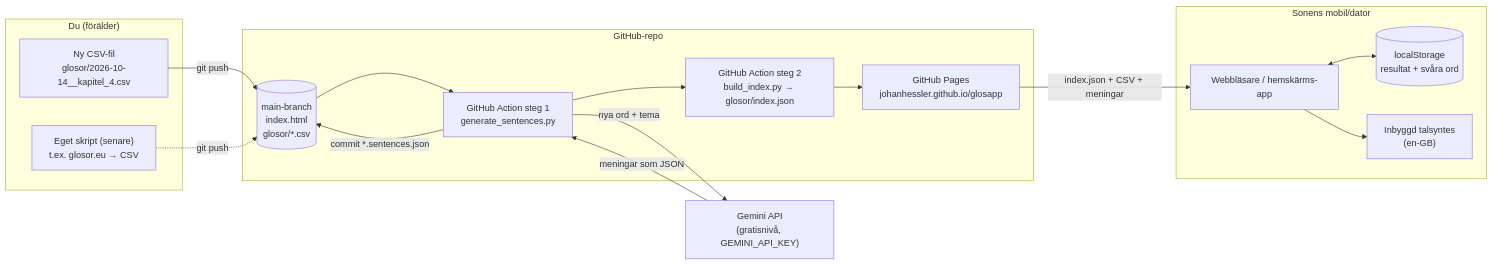
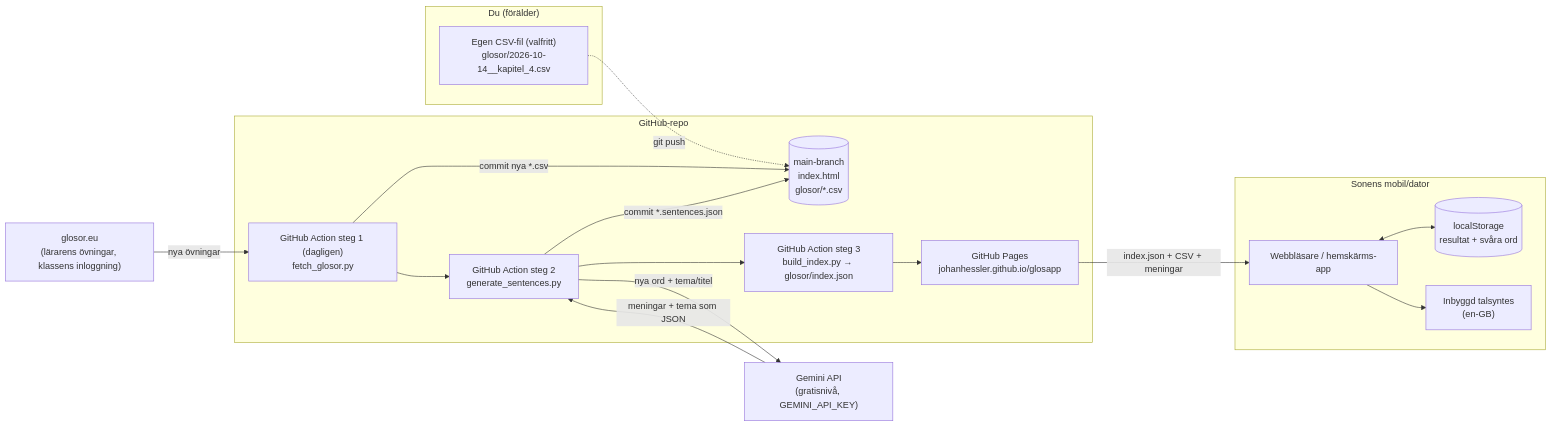
Before and after one commit to johanhessler/glosapp: the diagram in README.md, drawn with Mermaid. The commit also changed other lines of this file and 4 other files, not shown here.

First line of the commit message:
Daglig hämtning från glosor.eu och tema som Gemini väljer

````diff
--- a/README.md
+++ b/README.md
@@ -9,33 +9,36 @@
 ```mermaid
 flowchart LR
+    glosoreu["glosor.eu<br/>(lärarens övningar, klassens inloggning)"]
+
     subgraph du["Du (förälder)"]
-        csv["Ny CSV-fil<br/>glosor/2026-10-14__kapitel_4.csv"]
-        script["Eget skript (senare)<br/>t.ex. glosor.eu → CSV"]
+        csv["Egen CSV-fil (valfritt)<br/>glosor/2026-10-14__kapitel_4.csv"]
     end
 
     subgraph gh["GitHub-repo"]
         repo[("main-branch<br/>index.html<br/>glosor/*.csv")]
-        gen["GitHub Action steg 1<br/>generate_sentences.py"]
-        action["GitHub Action steg 2<br/>build_index.py → glosor/index.json"]
+        fetch["GitHub Action steg 1 (dagligen)<br/>fetch_glosor.py"]
+        gen["GitHub Action steg 2<br/>generate_sentences.py"]
+        action["GitHub Action steg 3<br/>build_index.py → glosor/index.json"]
         pages["GitHub Pages<br/>johanhessler.github.io/glosapp"]
     end
 
     gemini["Gemini API<br/>(gratisnivå, GEMINI_API_KEY)"]
 
     subgraph enhet["Sonens mobil/dator"]
         app["Webbläsare / hemskärms-app"]
         ls[("localStorage<br/>resultat + svåra ord")]
         tts["Inbyggd talsyntes<br/>(en-GB)"]
     end
 
-    csv -->|git push| repo
-    script -.->|git push| repo
-    repo --> gen
-    gen -->|nya ord + tema| gemini
-    gemini -->|meningar som JSON| gen
+    csv -.->|git push| repo
+    glosoreu -->|nya övningar| fetch
+    fetch -->|commit nya *.csv| repo
+    fetch --> gen
+    gen -->|nya ord + tema/titel| gemini
+    gemini -->|meningar + tema som JSON| gen
     gen -->|commit *.sentences.json| repo
     gen --> action --> pages
     pages -->|index.json + CSV + meningar| app
     app <--> ls
     app --> tts
 ```
````
